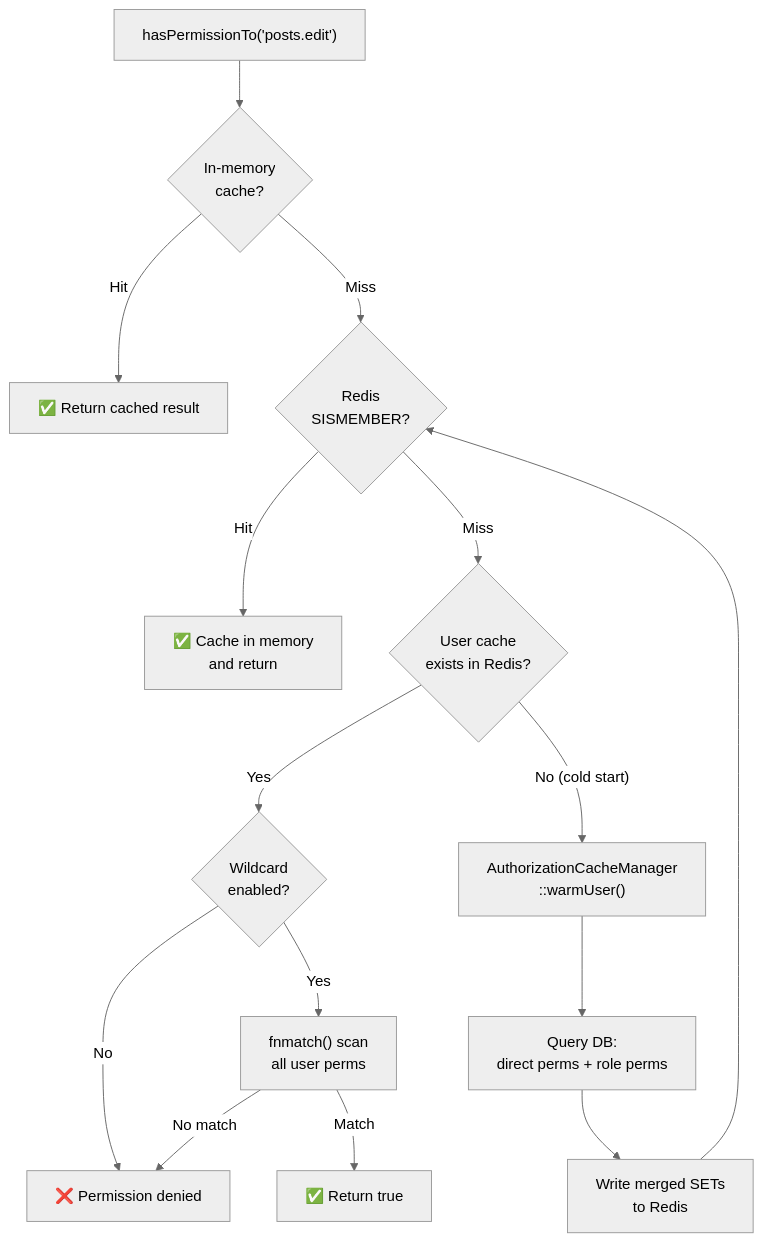
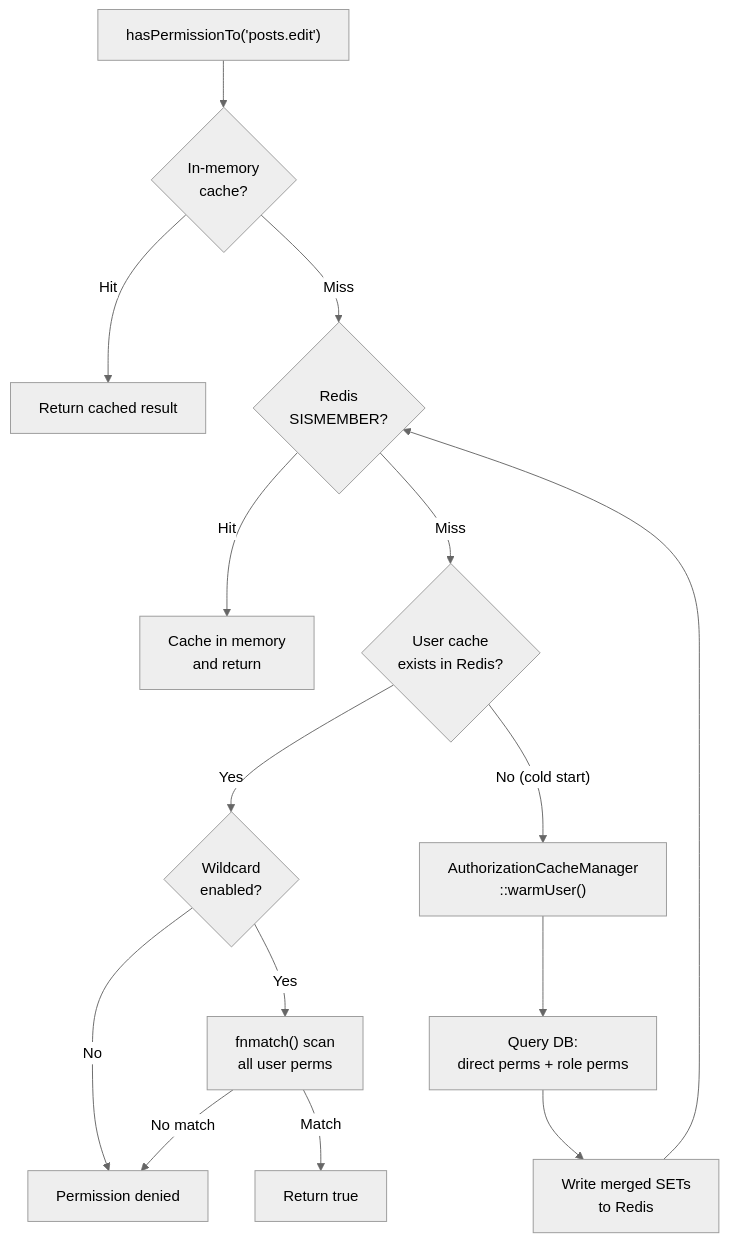
The third of 4 diagrams in README.md (scabarcas17/laravel-permissions-redis), drawn with Mermaid (neutral theme) before and after one commit. The commit also changed other lines of this file and 6 other files, not shown here.

````diff
--- a/README.md
+++ b/README.md
@@ -176,19 +170,19 @@
 ```mermaid
 flowchart TD
     A["hasPermissionTo('posts.edit')"] --> B{In-memory\ncache?}
-    B -- "Hit" --> C["✅ Return cached result"]
+    B -- "Hit" --> C["Return cached result"]
     B -- "Miss" --> D{"Redis\nSISMEMBER?"}
-    D -- "Hit" --> E["✅ Cache in memory\nand return"]
+    D -- "Hit" --> E["Cache in memory\nand return"]
     D -- "Miss" --> F{"User cache\nexists in Redis?"}
     F -- "Yes" --> K{"Wildcard\nenabled?"}
     F -- "No (cold start)" --> H["AuthorizationCacheManager\n::warmUser()"]
     H --> I["Query DB:\ndirect perms + role perms"]
     I --> J["Write merged SETs\nto Redis"]
     J --> D
 
-    K -- "No" --> L["❌ Permission denied"]
+    K -- "No" --> L["Permission denied"]
     K -- "Yes" --> M["fnmatch() scan\nall user perms"]
-    M -- "Match" --> N["✅ Return true"]
+    M -- "Match" --> N["Return true"]
     M -- "No match" --> L
 
 ```
````
